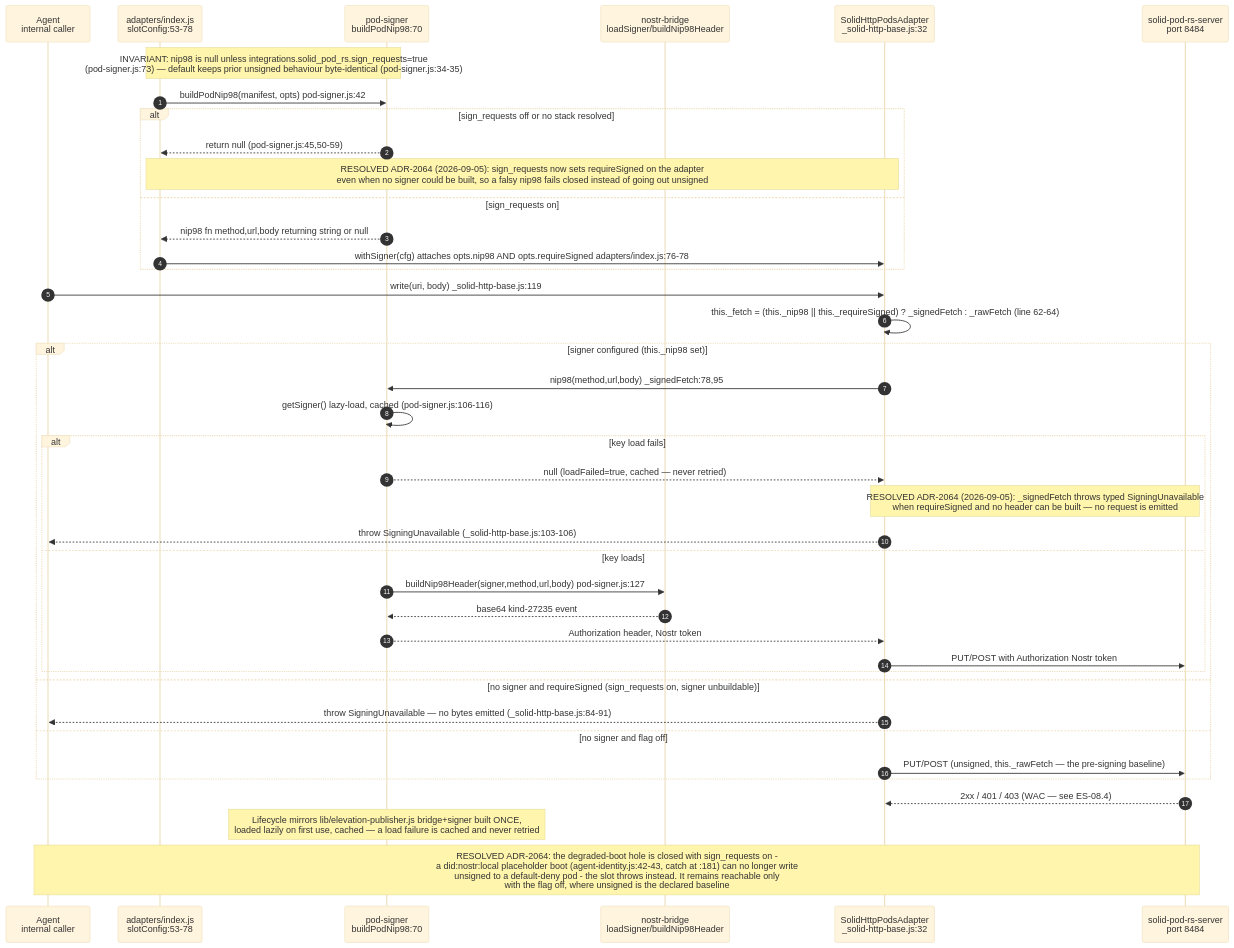
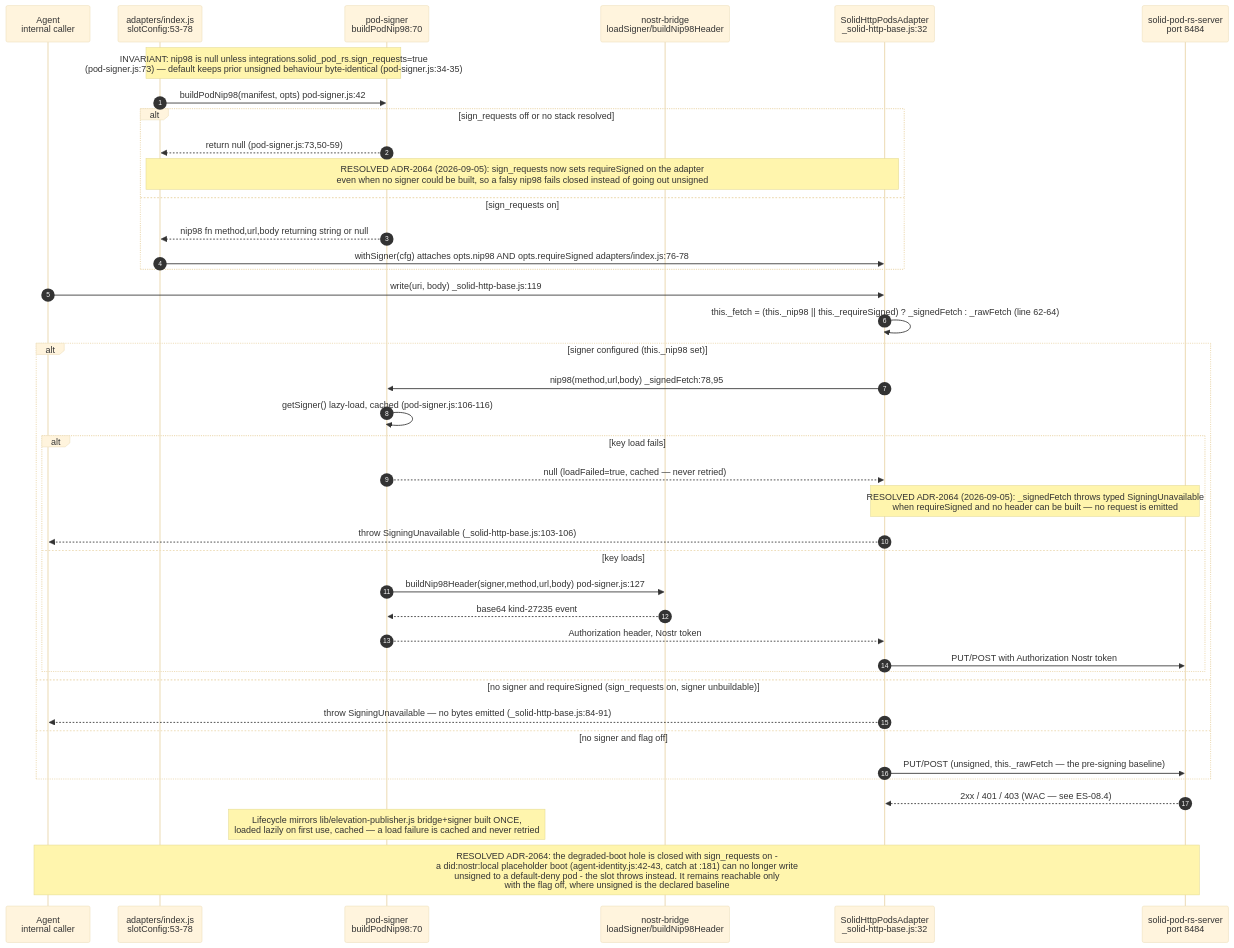
Before and after one commit to DreamLab-AI/VisionFlow: the second of 13 diagrams in docs/diagrams/estate/08-solid-pod-estate.md, drawn with Mermaid (base theme). The commit also changed 39 other files, not shown here.

````diff
--- a/docs/diagrams/estate/08-solid-pod-estate.md
+++ b/docs/diagrams/estate/08-solid-pod-estate.md
@@ -87,46 +87,46 @@
 ```mermaid
 sequenceDiagram
     autonumber
     participant AG as Agent<br/>internal caller
     participant ADP as adapters/index.js<br/>slotConfig:53-78
     participant PS as pod-signer<br/>buildPodNip98:70
     participant BR as nostr-bridge<br/>loadSigner/buildNip98Header
     participant BASE as SolidHttpPodsAdapter<br/>_solid-http-base.js:32
     participant SRV as solid-pod-rs-server<br/>port 8484
 
     Note over ADP,PS: INVARIANT: nip98 is null unless integrations.solid_pod_rs.sign_requests=true<br/>(pod-signer.js:73) — default keeps prior unsigned behaviour byte-identical (pod-signer.js:34-35)
 
     ADP->>PS: buildPodNip98(manifest, opts) pod-signer.js:42
     alt sign_requests off or no stack resolved
-        PS-->>ADP: return null (pod-signer.js:45,50-59)
+        PS-->>ADP: return null (pod-signer.js:73,50-59)
         Note over ADP,BASE: RESOLVED ADR-2064 (2026-09-05): sign_requests now sets requireSigned on the adapter<br/>even when no signer could be built, so a falsy nip98 fails closed instead of going out unsigned
     else sign_requests on
         PS-->>ADP: nip98 fn method,url,body returning string or null
         ADP->>BASE: withSigner(cfg) attaches opts.nip98 AND opts.requireSigned adapters/index.js:76-78
     end
 
     AG->>BASE: write(uri, body) _solid-http-base.js:119
     BASE->>BASE: this._fetch = (this._nip98 || this._requireSigned) ? _signedFetch : _rawFetch (line 62-64)
     alt signer configured (this._nip98 set)
         BASE->>PS: nip98(method,url,body) _signedFetch:78,95
         PS->>PS: getSigner() lazy-load, cached (pod-signer.js:106-116)
         alt key load fails
             PS-->>BASE: null (loadFailed=true, cached — never retried)
             Note over BASE,SRV: RESOLVED ADR-2064 (2026-09-05): _signedFetch throws typed SigningUnavailable<br/>when requireSigned and no header can be built — no request is emitted
             BASE-->>AG: throw SigningUnavailable (_solid-http-base.js:103-106)
         else key loads
             PS->>BR: buildNip98Header(signer,method,url,body) pod-signer.js:127
             BR-->>PS: base64 kind-27235 event
             PS-->>BASE: Authorization header, Nostr token
             BASE->>SRV: PUT/POST with Authorization Nostr token
         end
     else no signer and requireSigned (sign_requests on, signer unbuildable)
         BASE-->>AG: throw SigningUnavailable — no bytes emitted (_solid-http-base.js:84-91)
     else no signer and flag off
         BASE->>SRV: PUT/POST (unsigned, this._rawFetch — the pre-signing baseline)
     end
     SRV-->>BASE: 2xx / 401 / 403 (WAC — see ES-08.4)
 
     Note over PS: Lifecycle mirrors lib/elevation-publisher.js bridge+signer built ONCE,<br/>loaded lazily on first use, cached — a load failure is cached and never retried
     Note over AG,SRV: RESOLVED ADR-2064: the degraded-boot hole is closed with sign_requests on -<br/>a did:nostr:local placeholder boot (agent-identity.js:42-43, catch at :181) can no longer write<br/>unsigned to a default-deny pod - the slot throws instead. It remains reachable only<br/>with the flag off, where unsigned is the declared baseline
 ```
````
